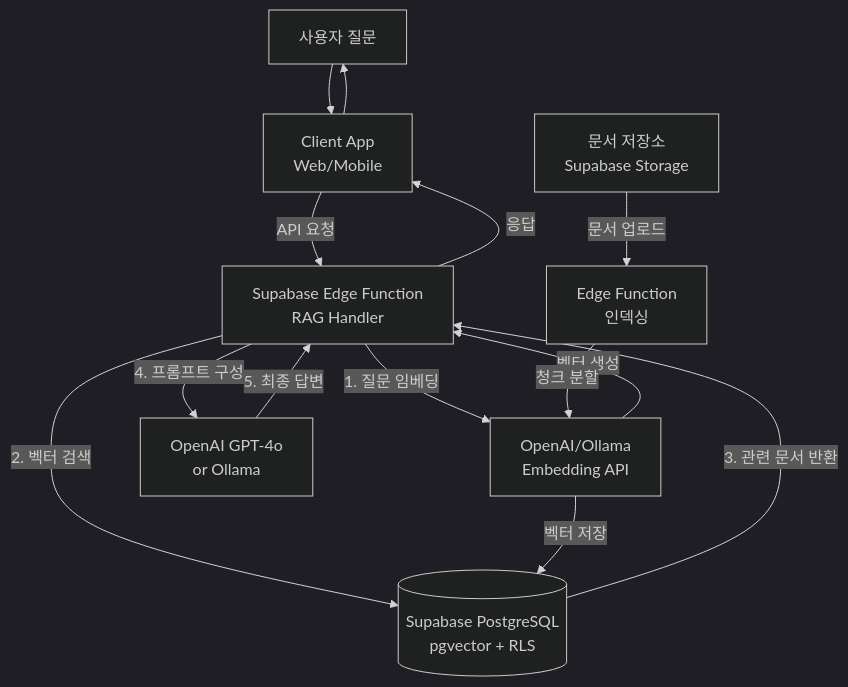
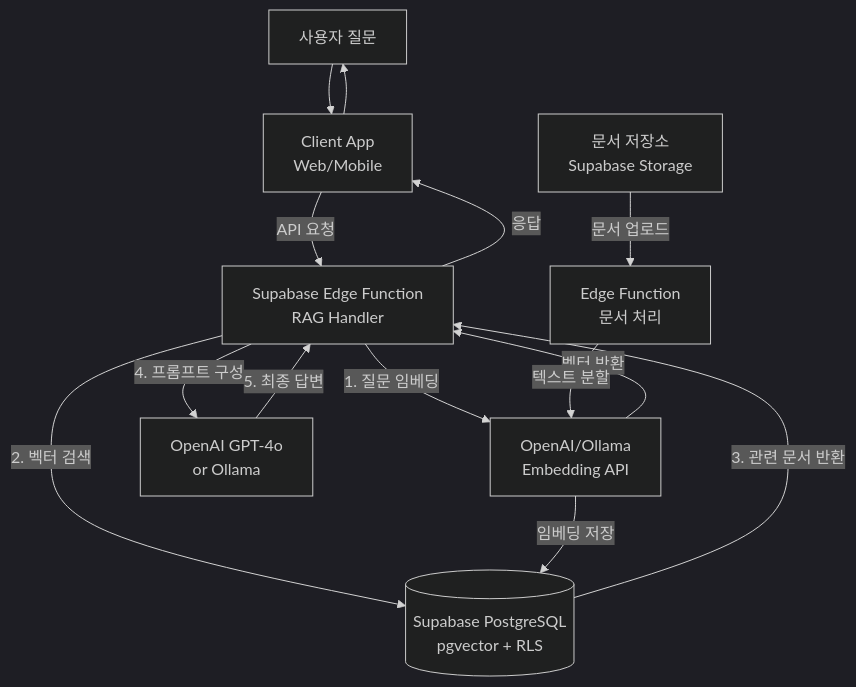
One commit to arabangoo/rag_vectordb_guide changed the diagram in supabase_rag_guide/README.md. Above: the diagram before and after it, drawn with Mermaid (dark theme). The commit also changed other lines of this file, not shown here.

Commit message:
Update README with workflow details and corrections

````diff
--- a/supabase_rag_guide/README.md
+++ b/supabase_rag_guide/README.md
@@ -174,21 +174,21 @@
 ```mermaid
 graph TD
     User[사용자 질문] --> Client[Client App<br/>Web/Mobile]
     Client -->|API 요청| EdgeFunc[Supabase Edge Function<br/>RAG Handler]
 
     EdgeFunc -->|1. 질문 임베딩| Embedding[OpenAI/Ollama<br/>Embedding API]
-    Embedding -->|벡터 생성| EdgeFunc
+    Embedding -->|벡터 반환| EdgeFunc
 
     EdgeFunc -->|2. 벡터 검색| Supabase[(Supabase PostgreSQL<br/>pgvector + RLS)]
     Supabase -->|3. 관련 문서 반환| EdgeFunc
 
     EdgeFunc -->|4. 프롬프트 구성| LLM[OpenAI GPT-4o<br/>or Ollama]
     LLM -->|5. 최종 답변| EdgeFunc
 
     EdgeFunc -->|응답| Client
     Client --> User
 
-    S3[문서 저장소<br/>Supabase Storage] -->|문서 업로드| Indexing[Edge Function<br/>인덱싱]
-    Indexing -->|청크 분할| Embedding
-    Embedding -->|벡터 저장| Supabase
+    S3[문서 저장소<br/>Supabase Storage] -->|문서 업로드| Indexing[Edge Function<br/>문서 처리]
+    Indexing -->|텍스트 분할| Embedding
+    Embedding -->|임베딩 저장| Supabase
 ```
````
